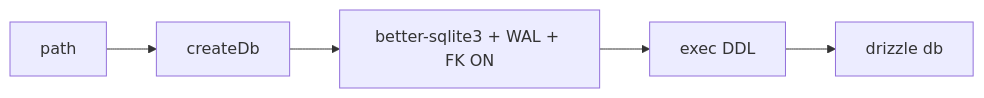
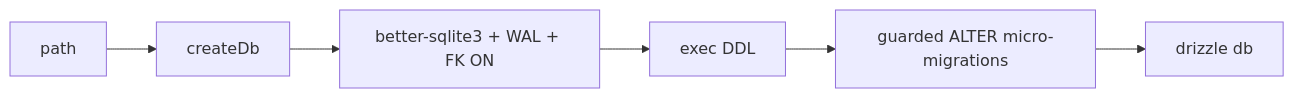
One commit to AzamatRaimbekov2/openCreate changed the diagram in apps/api/src/db/client.ts.md. Above: the diagram before and after it, drawn with Mermaid. The commit also changed other lines of this file and 20 other files, not shown here.

````diff
--- a/apps/api/src/db/client.ts.md
+++ b/apps/api/src/db/client.ts.md
@@ -19,4 +19,4 @@
 ```mermaid
 flowchart LR
-  P[path] --> C[createDb] --> SQ[better-sqlite3 + WAL + FK ON] --> DDLX[exec DDL] --> DR[drizzle db]
+  P[path] --> C[createDb] --> SQ[better-sqlite3 + WAL + FK ON] --> DDLX[exec DDL] --> MM[guarded ALTER micro-migrations] --> DR[drizzle db]
 ```
````
